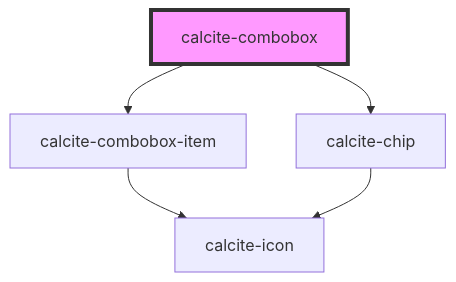
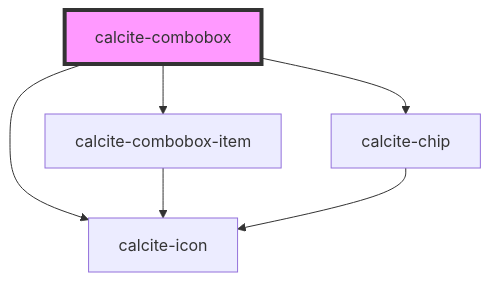
One commit to vikivakarvc/calcite-design-system changed the diagram in src/components/calcite-combobox/readme.md. Above: the diagram before and after it, drawn with Mermaid. The commit also changed other lines of this file and 16 other files, not shown here.

````diff
--- a/src/components/calcite-combobox/readme.md
+++ b/src/components/calcite-combobox/readme.md
@@ -48,8 +50,9 @@
 ```mermaid
 graph TD;
   calcite-combobox --> calcite-combobox-item
   calcite-combobox --> calcite-chip
+  calcite-combobox --> calcite-icon
   calcite-combobox-item --> calcite-icon
   calcite-chip --> calcite-icon
   style calcite-combobox fill:#f9f,stroke:#333,stroke-width:4px
 ```
````
